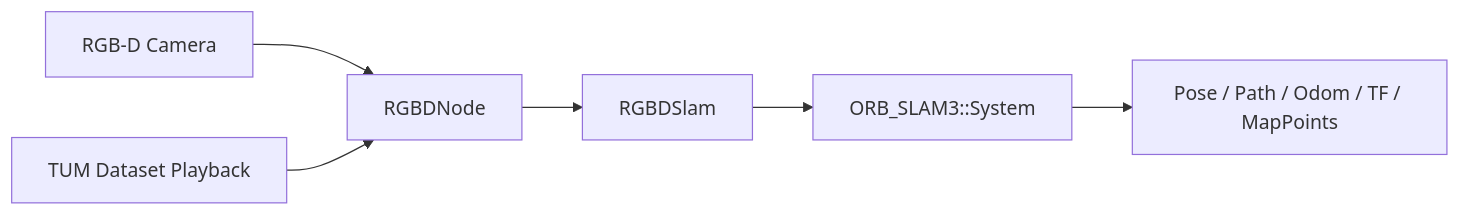
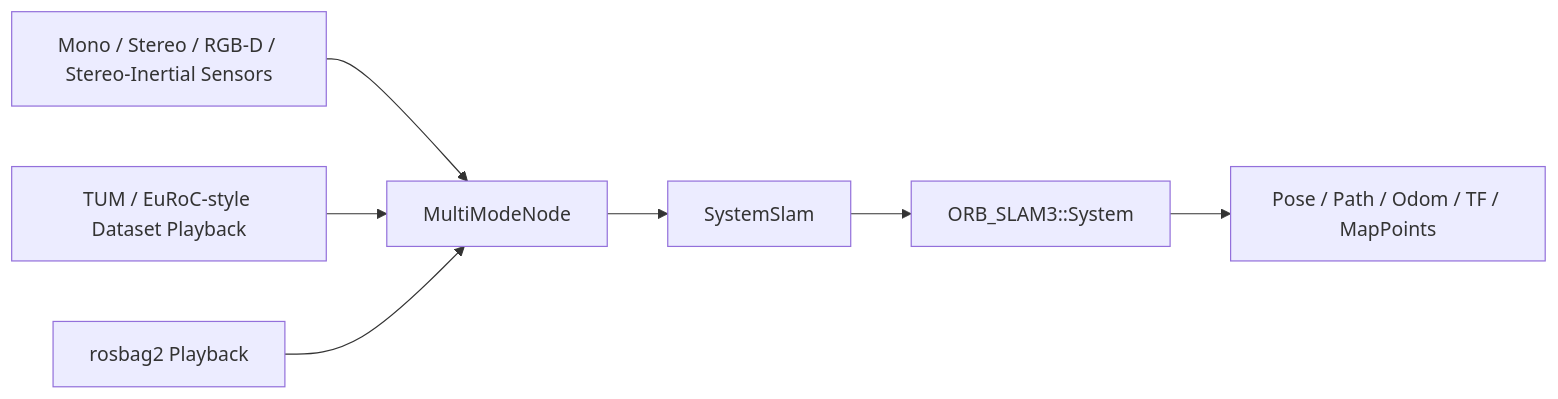
Before and after one commit to X-IOT-study/orbslam3_ros: the diagram in README.md, drawn with Mermaid. The commit also changed other lines of this file and 4 other files, not shown here.

````diff
--- a/README.md
+++ b/README.md
@@ -94,8 +74,9 @@
 ```mermaid
 flowchart LR
-    A[RGB-D Camera] --> B[RGBDNode]
-    C[TUM Dataset Playback] --> B
-    B --> D[RGBDSlam]
-    D --> E[ORB_SLAM3::System]
-    E --> F[Pose / Path / Odom / TF / MapPoints]
+    A[Mono / Stereo / RGB-D / Stereo-Inertial Sensors] --> B[MultiModeNode]
+    C[TUM / EuRoC-style Dataset Playback] --> B
+    D[rosbag2 Playback] --> B
+    B --> E[SystemSlam]
+    E --> F[ORB_SLAM3::System]
+    F --> G[Pose / Path / Odom / TF / MapPoints]
 ```
````
